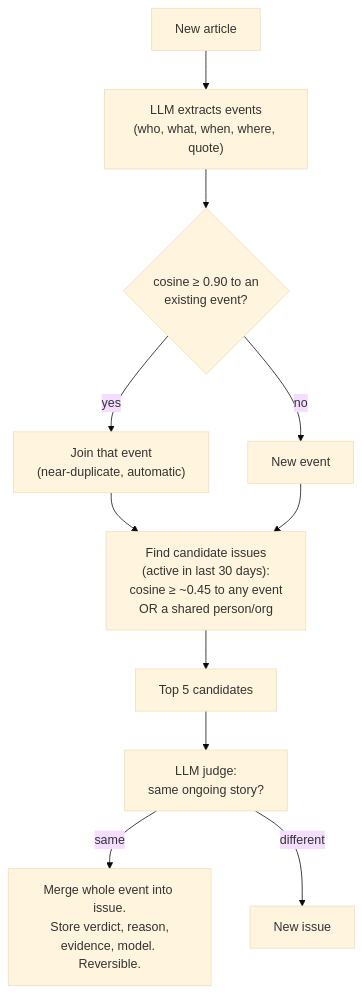
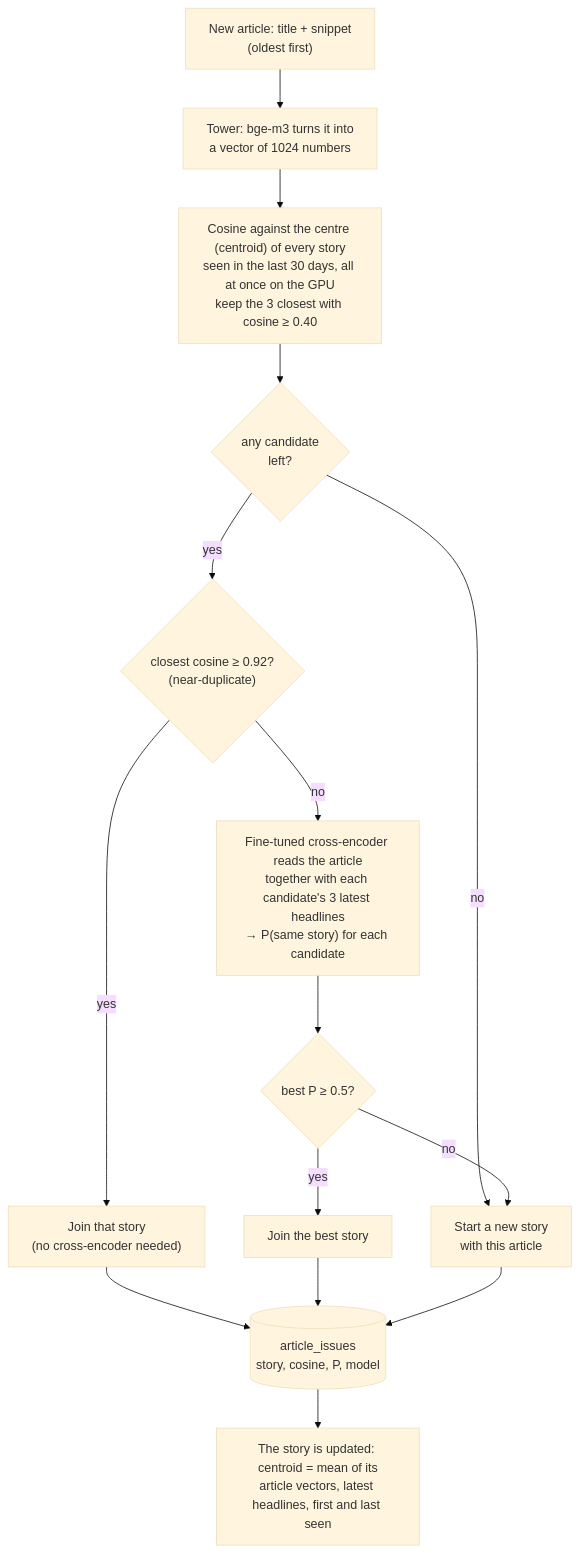
The third of 11 diagrams in docs/WORKFLOW.md (joybratasarkar/smriti), drawn with Mermaid (base theme) before and after one commit. The commit also changed other lines of this file, not shown here.

First line of the commit message:
Redraw workflow diagrams for the story model as built

````diff
--- a/docs/WORKFLOW.md
+++ b/docs/WORKFLOW.md
@@ -78,13 +90,17 @@
 ```mermaid
 flowchart TD
-    N["New article"] --> X["LLM extracts events<br/>(who, what, when, where, quote)"]
-    X --> NE{"cosine ≥ 0.90 to an<br/>existing event?"}
-    NE -- yes --> JOIN["Join that event<br/>(near-duplicate, automatic)"]
-    NE -- no --> NEWEV["New event"]
-    JOIN --> C
-    NEWEV --> C["Find candidate issues<br/>(active in last 30 days):<br/>cosine ≥ ~0.45 to any event<br/>OR a shared person/org"]
-    C --> TOP["Top 5 candidates"]
-    TOP --> J["LLM judge:<br/>same ongoing story?"]
-    J -- same --> MERGE["Merge whole event into issue.<br/>Store verdict, reason,<br/>evidence, model. Reversible."]
-    J -- different --> NEWI["New issue"]
+    N["New article: title + snippet<br/>(oldest first)"] --> TA["Tower: bge-m3 turns it into<br/>a vector of 1024 numbers"]
+    TA --> K["Cosine against the centre (centroid) of every story<br/>seen in the last 30 days, all at once on the GPU<br/>keep the 3 closest with cosine ≥ 0.40"]
+    K --> Q1{"any candidate<br/>left?"}
+    Q1 -- "no" --> NEW["Start a new story<br/>with this article"]
+    Q1 -- "yes" --> Q2{"closest cosine ≥ 0.92?<br/>(near-duplicate)"}
+    Q2 -- "yes" --> J1["Join that story<br/>(no cross-encoder needed)"]
+    Q2 -- "no" --> CE["Fine-tuned cross-encoder reads the article<br/>together with each candidate's 3 latest headlines<br/>→ P(same story) for each candidate"]
+    CE --> Q3{"best P ≥ 0.5?"}
+    Q3 -- "yes" --> J2["Join the best story"]
+    Q3 -- "no" --> NEW
+    J1 --> SAVE[("article_issues<br/>story, cosine, P, model")]
+    J2 --> SAVE
+    NEW --> SAVE
+    SAVE --> UPD["The story is updated: centroid = mean of its<br/>article vectors, latest headlines, first and last seen"]
 ```
````
